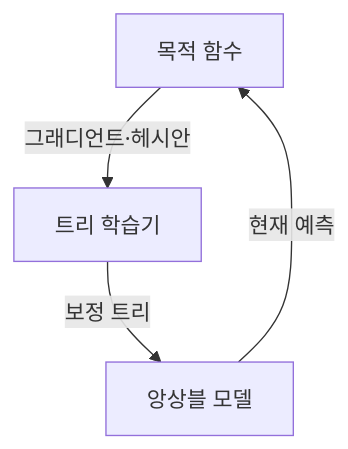
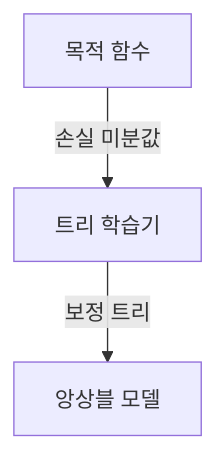
The first of 3 diagrams in src/content/docs/notes/01-basic-theory/053_xgboost_lightgbm.md (agnusdei1207/knowledge-base), drawn with Mermaid before and after one commit. The commit also changed other lines of this file and 22 other files, not shown here.

````diff
--- a/src/content/docs/notes/01-basic-theory/053_xgboost_lightgbm.md
+++ b/src/content/docs/notes/01-basic-theory/053_xgboost_lightgbm.md
@@ -56,9 +57,8 @@
 ```mermaid
 flowchart TB
     O[목적 함수]
     T[트리 학습기]
     M[앙상블 모델]
-    O -->|그래디언트·헤시안| T
+    O -->|손실 미분값| T
     T -->|보정 트리| M
-    M -->|현재 예측| O
 ```
````
